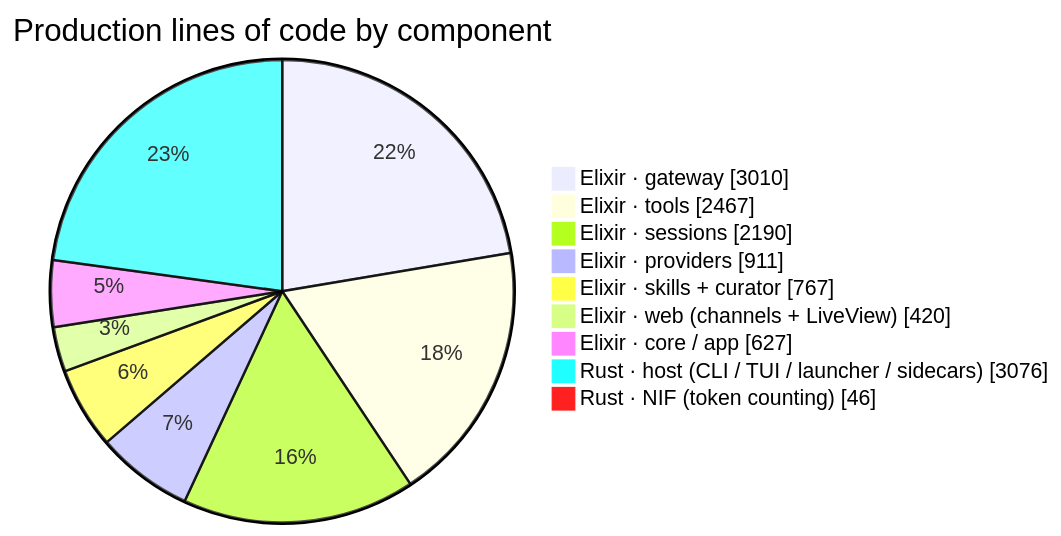
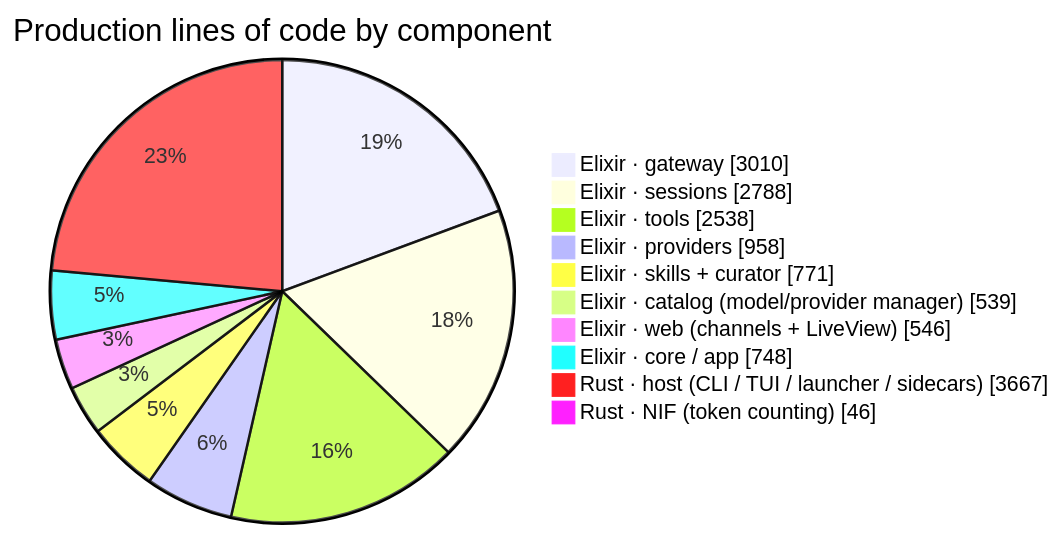
One commit to asx8678/hermes changed the first of 9 diagrams in README.md. Above: the diagram before and after it, drawn with Mermaid. The commit also changed other lines of this file and 1 other file, not shown here.

First line of the commit message:
docs: update README for manager, persistence, streaming, compaction, HITL

````diff
--- a/README.md
+++ b/README.md
@@ -87,12 +87,13 @@
 ```mermaid
 pie showData title Production lines of code by component
     "Elixir · gateway" : 3010
-    "Elixir · tools" : 2467
-    "Elixir · sessions" : 2190
-    "Elixir · providers" : 911
-    "Elixir · skills + curator" : 767
-    "Elixir · web (channels + LiveView)" : 420
-    "Elixir · core / app" : 627
-    "Rust · host (CLI / TUI / launcher / sidecars)" : 3076
+    "Elixir · sessions" : 2788
+    "Elixir · tools" : 2538
+    "Elixir · providers" : 958
+    "Elixir · skills + curator" : 771
+    "Elixir · catalog (model/provider manager)" : 539
+    "Elixir · web (channels + LiveView)" : 546
+    "Elixir · core / app" : 748
+    "Rust · host (CLI / TUI / launcher / sidecars)" : 3667
     "Rust · NIF (token counting)" : 46
 ```
````
